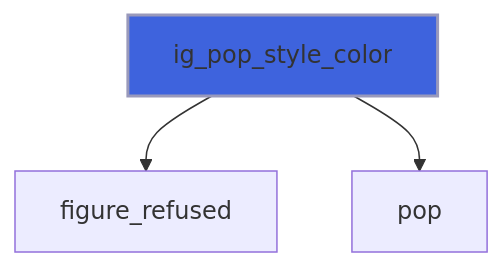
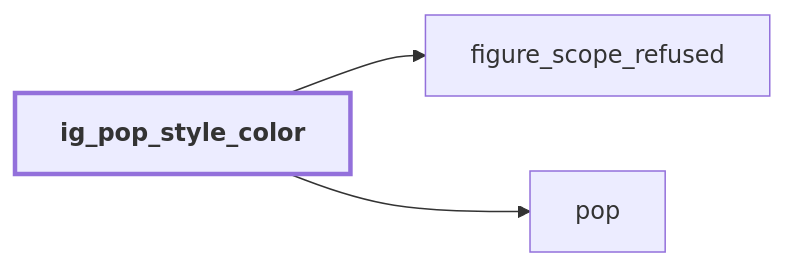
The eighth of 44 diagrams in docs/api/src/lib/figure_style.md (szaghi/figure), drawn with Mermaid before and after one commit. The commit also changed other lines of this file and 54 other files, not shown here.

````diff
--- a/docs/api/src/lib/figure_style.md
+++ b/docs/api/src/lib/figure_style.md
@@ -346,6 +396,9 @@
 ```mermaid
-flowchart TD
-  ig_pop_style_color["ig_pop_style_color"] --> figure_refused["figure_refused"]
+flowchart LR
+  ig_pop_style_color["ig_pop_style_color"] --> figure_scope_refused["figure_scope_refused"]
   ig_pop_style_color["ig_pop_style_color"] --> pop["pop"]
-  style ig_pop_style_color fill:#3e63dd,stroke:#99b,stroke-width:2px
+  classDef focus stroke-width:3px,font-weight:bold
+  class ig_pop_style_color focus
+  click figure_scope_refused href "figure_base.html#figure-scope-refused" "figure_scope_refused"
+  click pop href "#pop" "pop"
 ```
````
